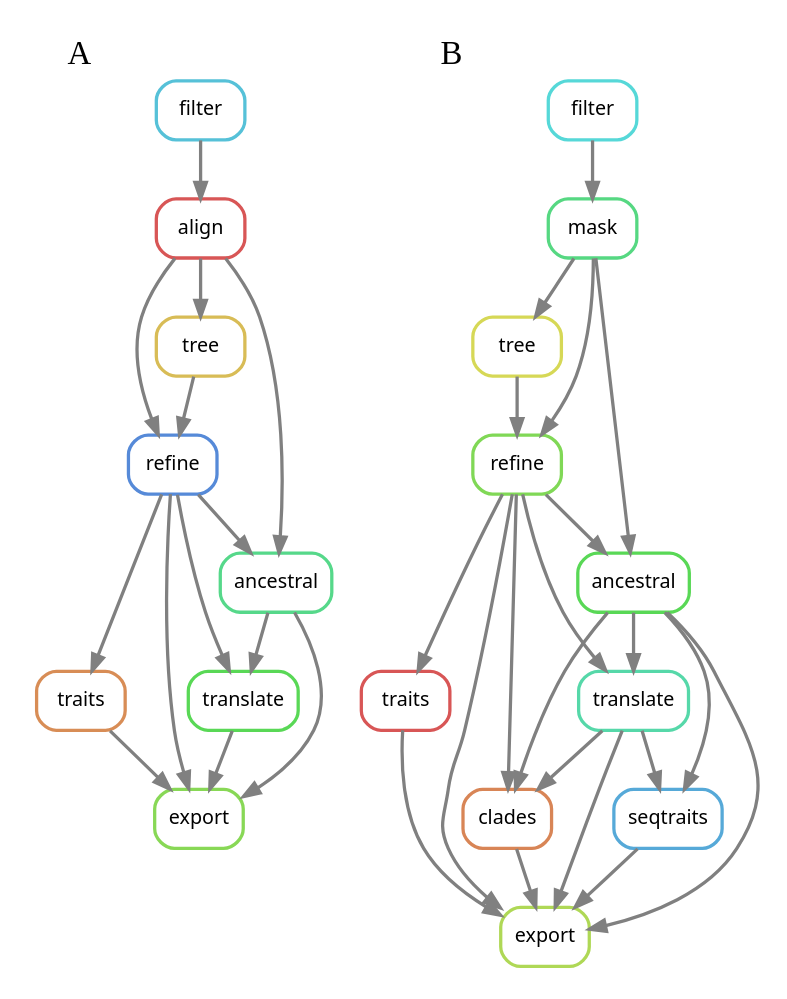
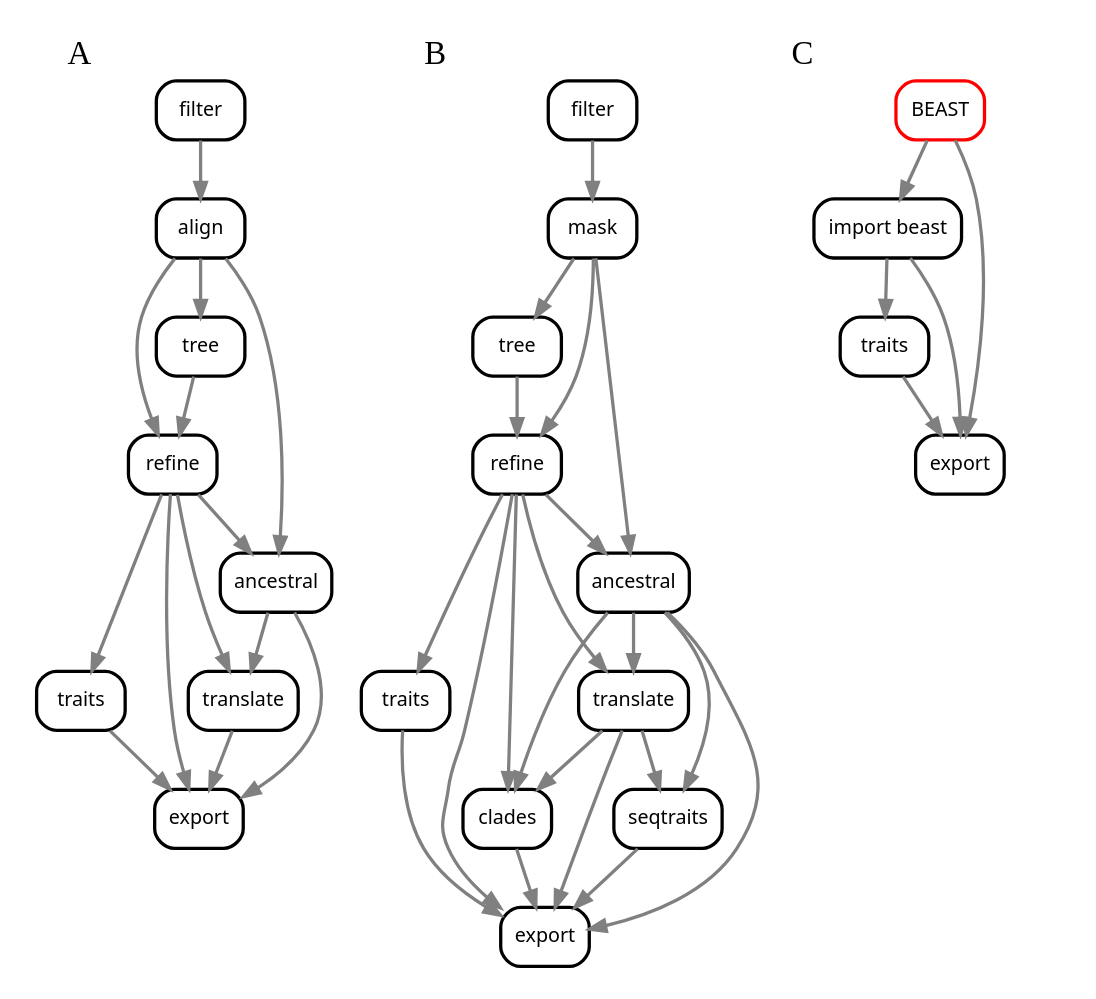
The diagram in paper/example-modular-augur-workflows.dot (nextstrain/augur), drawn with Graphviz before and after one commit. The commit also changed 2 other files, not shown here.

Commit message:
Add third panel to figure 1 showing BEAST workflow
Resize the existing panels in the figure and replaces the arbitrary
colors created by Snakemake's `--dag` output with black for Augur rules
and red for rules using non-Augur commands.

```diff
--- a/paper/example-modular-augur-workflows.dot
+++ b/paper/example-modular-augur-workflows.dot
@@ -1,66 +1,81 @@
 digraph G {
     graph[margin=0];
 
     subgraph cluster_zika_snakemake_dag {
-        graph[bgcolor=white, color=white, margin=0, center=true, label="A                          ", labeljus=left, labelloc=top, fontsize=20, size=4.25];
+        graph[bgcolor=white, color=white, margin=0, center=true, label="A                          ", labeljus=left, labelloc=top, fontsize=20, size=2.25];
         node[shape=box, style=rounded, fontname=sans, fontsize=12, penwidth=2];
         edge[penwidth=2, color=grey];
-        z1[label = "export", color = "0.27 0.6 0.85", style="rounded"];
-        z2[label = "refine", color = "0.60 0.6 0.85", style="rounded"];
-        z3[label = "traits", color = "0.07 0.6 0.85", style="rounded"];
-        z4[label = "ancestral", color = "0.40 0.6 0.85", style="rounded"];
-        z5[label = "translate", color = "0.33 0.6 0.85", style="rounded"];
-        z6[label = "tree", color = "0.13 0.6 0.85", style="rounded"];
-        z7[label = "align", color = "0.00 0.6 0.85", style="rounded"];
-        z8[label = "filter", color = "0.53 0.6 0.85", style="rounded"];
+        z1[label = "export", color = "0.0 0.0 0.0", style="rounded"];
+        z2[label = "refine", color = "0.0 0.0 0.0", style="rounded"];
+        z3[label = "traits", color = "0.0 0.0 0.0", style="rounded"];
+        z4[label = "ancestral", color = "0.0 0.0 0.0", style="rounded"];
+        z5[label = "translate", color = "0.0 0.0 0.0", style="rounded"];
+        z6[label = "tree", color = "0.0 0.0 0.0", style="rounded"];
+        z7[label = "align", color = "0.0 0.0 0.0", style="rounded"];
+        z8[label = "filter", color = "0.0 0.0 0.0", style="rounded"];
         z2 -> z1
         z3 -> z1
         z4 -> z1
         z5 -> z1
         z6 -> z2
         z7 -> z2
         z2 -> z3
         z2 -> z4
         z7 -> z4
         z2 -> z5
         z4 -> z5
         z7 -> z6
         z8 -> z7
     }
 
     subgraph cluster_tb_snakemake_dag {
-        graph[bgcolor=white, color=white, margin=0, center=true, label="B                          ", labeljus=left, labelloc=top, fontsize=20, size=4.25];
+        graph[bgcolor=white, color=white, margin=0, center=true, label="B                              ", labeljus=left, labelloc=top, fontsize=20, size=2.25];
         node[shape=box, style=rounded, fontname=sans, fontsize=12, penwidth=2];
         edge[penwidth=2, color=grey];
-        t1[label = "export", color = "0.22 0.6 0.85", style="rounded"];
-        t2[label = "refine", color = "0.28 0.6 0.85", style="rounded"];
-        t3[label = "traits", color = "0.00 0.6 0.85", style="rounded"];
-        t4[label = "ancestral", color = "0.33 0.6 0.85", style="rounded"];
-        t5[label = "translate", color = "0.44 0.6 0.85", style="rounded"];
-        t6[label = "seqtraits", color = "0.56 0.6 0.85", style="rounded"];
-        t7[label = "clades", color = "0.06 0.6 0.85", style="rounded"];
-        t8[label = "tree", color = "0.17 0.6 0.85", style="rounded"];
-        t9[label = "mask", color = "0.39 0.6 0.85", style="rounded"];
-        t10[label = "filter", color = "0.50 0.6 0.85", style="rounded"];
+        t1[label = "export", color = "0.0 0.0 0.0", style="rounded"];
+        t2[label = "refine", color = "0.0 0.0 0.0", style="rounded"];
+        t3[label = "traits", color = "0.0 0.0 0.0", style="rounded"];
+        t4[label = "ancestral", color = "0.0 0.0 0.0", style="rounded"];
+        t5[label = "translate", color = "0.0 0.0 0.0", style="rounded"];
+        t6[label = "seqtraits", color = "0.0 0.0 0.0", style="rounded"];
+        t7[label = "clades", color = "0.0 0.0 0.0", style="rounded"];
+        t8[label = "tree", color = "0.0 0.0 0.0", style="rounded"];
+        t9[label = "mask", color = "0.0 0.0 0.0", style="rounded"];
+        t10[label = "filter", color = "0.0 0.0 0.0", style="rounded"];
         t2 -> t1
         t3 -> t1
         t4 -> t1
         t5 -> t1
         t6 -> t1
         t7 -> t1
         t8 -> t2
         t9 -> t2
         t2 -> t3
         t2 -> t4
         t9 -> t4
         t2 -> t5
         t4 -> t5
         t4 -> t6
         t5 -> t6
         t2 -> t7
         t5 -> t7
         t4 -> t7
         t9 -> t8
         t10 -> t9
     }
+
+    subgraph cluster_beast{
+        graph[bgcolor=white, color=white, margin=0, center=true, label="C                          ", labeljus=left, labelloc=top, fontsize=20, size=2.25];
+        node[shape=box, style=rounded, fontname=sans, fontsize=12, penwidth=2];
+        edge[penwidth=2, color=grey];
+        b1[label = "BEAST", color = "red", style="rounded"];
+        b2[label = "import beast", color = "0.0 0.0 0.0", style="rounded"];
+        b3[label = "traits", color = "0.0 0.0 0.0", style="rounded"];
+        b5[label = "export", color = "0.0 0.0 0.0", style="rounded"];
+        b1 -> b2
+        b1 -> b5
+        b2 -> b5
+        b2 -> b3
+        b3 -> b5
+    }
 }
```
